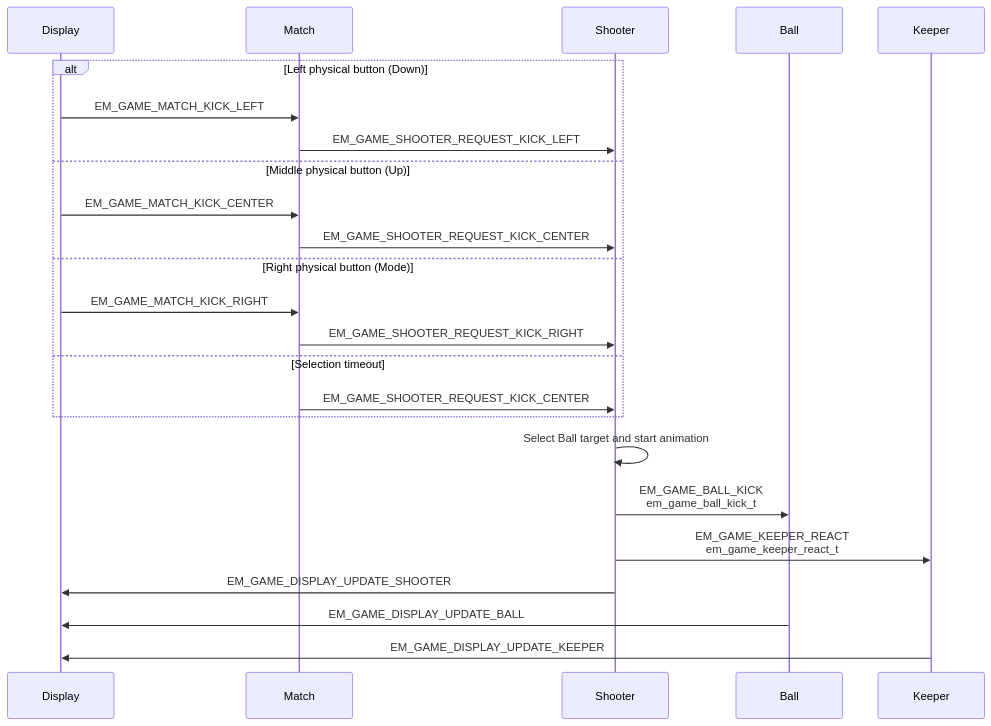
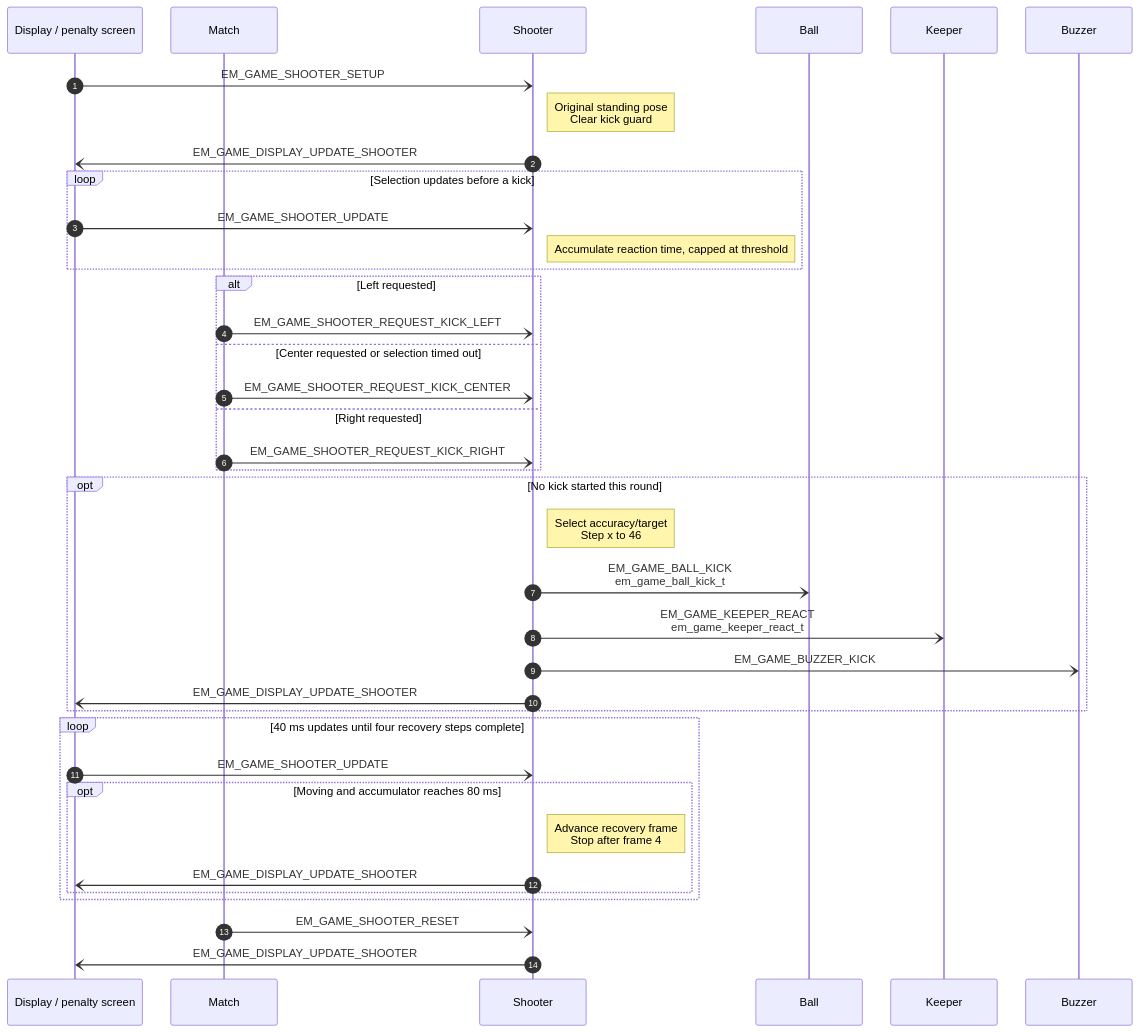
One commit to caotrongphuoc/11m-game changed the second of 7 diagrams in docs/02-design-sequence-object.md. Above: the diagram before and after it, drawn with Mermaid. The commit also changed other lines of this file, not shown here.

Commit message:
[DOC] rewrite eleven meter object sequences

````diff
--- a/docs/02-design-sequence-object.md
+++ b/docs/02-design-sequence-object.md
@@ -105,28 +181,42 @@
 ```mermaid
+%%{init: {"themeVariables": {"fontSize": "16px"}, "sequence": {"actorMargin": 40}}}%%
 sequenceDiagram
-    participant Display
+    autonumber
+    participant Display as Display / penalty screen
     participant Match
     participant Shooter
     participant Ball
     participant Keeper
+    participant Buzzer
 
-    alt Left physical button (Down)
-        Display->>Match: EM_GAME_MATCH_KICK_LEFT
-        Match->>Shooter: EM_GAME_SHOOTER_REQUEST_KICK_LEFT
-    else Middle physical button (Up)
-        Display->>Match: EM_GAME_MATCH_KICK_CENTER
-        Match->>Shooter: EM_GAME_SHOOTER_REQUEST_KICK_CENTER
-    else Right physical button (Mode)
-        Display->>Match: EM_GAME_MATCH_KICK_RIGHT
-        Match->>Shooter: EM_GAME_SHOOTER_REQUEST_KICK_RIGHT
-    else Selection timeout
-        Match->>Shooter: EM_GAME_SHOOTER_REQUEST_KICK_CENTER
+    Display-)Shooter: EM_GAME_SHOOTER_SETUP
+    Note right of Shooter: Original standing pose<br/>Clear kick guard
+    Shooter-)Display: EM_GAME_DISPLAY_UPDATE_SHOOTER
+    loop Selection updates before a kick
+        Display-)Shooter: EM_GAME_SHOOTER_UPDATE
+        Note right of Shooter: Accumulate reaction time, capped at threshold
     end
-
-    Shooter->>Shooter: Select Ball target and start animation
-    Shooter->>Ball: EM_GAME_BALL_KICK<br/>em_game_ball_kick_t
-    Shooter->>Keeper: EM_GAME_KEEPER_REACT<br/>em_game_keeper_react_t
-    Shooter->>Display: EM_GAME_DISPLAY_UPDATE_SHOOTER
-    Ball->>Display: EM_GAME_DISPLAY_UPDATE_BALL
-    Keeper->>Display: EM_GAME_DISPLAY_UPDATE_KEEPER
+    alt Left requested
+        Match-)Shooter: EM_GAME_SHOOTER_REQUEST_KICK_LEFT
+    else Center requested or selection timed out
+        Match-)Shooter: EM_GAME_SHOOTER_REQUEST_KICK_CENTER
+    else Right requested
+        Match-)Shooter: EM_GAME_SHOOTER_REQUEST_KICK_RIGHT
+    end
+    opt No kick started this round
+        Note right of Shooter: Select accuracy/target<br/>Step x to 46
+        Shooter-)Ball: EM_GAME_BALL_KICK<br/>em_game_ball_kick_t
+        Shooter-)Keeper: EM_GAME_KEEPER_REACT<br/>em_game_keeper_react_t
+        Shooter-)Buzzer: EM_GAME_BUZZER_KICK
+        Shooter-)Display: EM_GAME_DISPLAY_UPDATE_SHOOTER
+    end
+    loop 40 ms updates until four recovery steps complete
+        Display-)Shooter: EM_GAME_SHOOTER_UPDATE
+        opt Moving and accumulator reaches 80 ms
+            Note right of Shooter: Advance recovery frame<br/>Stop after frame 4
+            Shooter-)Display: EM_GAME_DISPLAY_UPDATE_SHOOTER
+        end
+    end
+    Match-)Shooter: EM_GAME_SHOOTER_RESET
+    Shooter-)Display: EM_GAME_DISPLAY_UPDATE_SHOOTER
 ```
````
